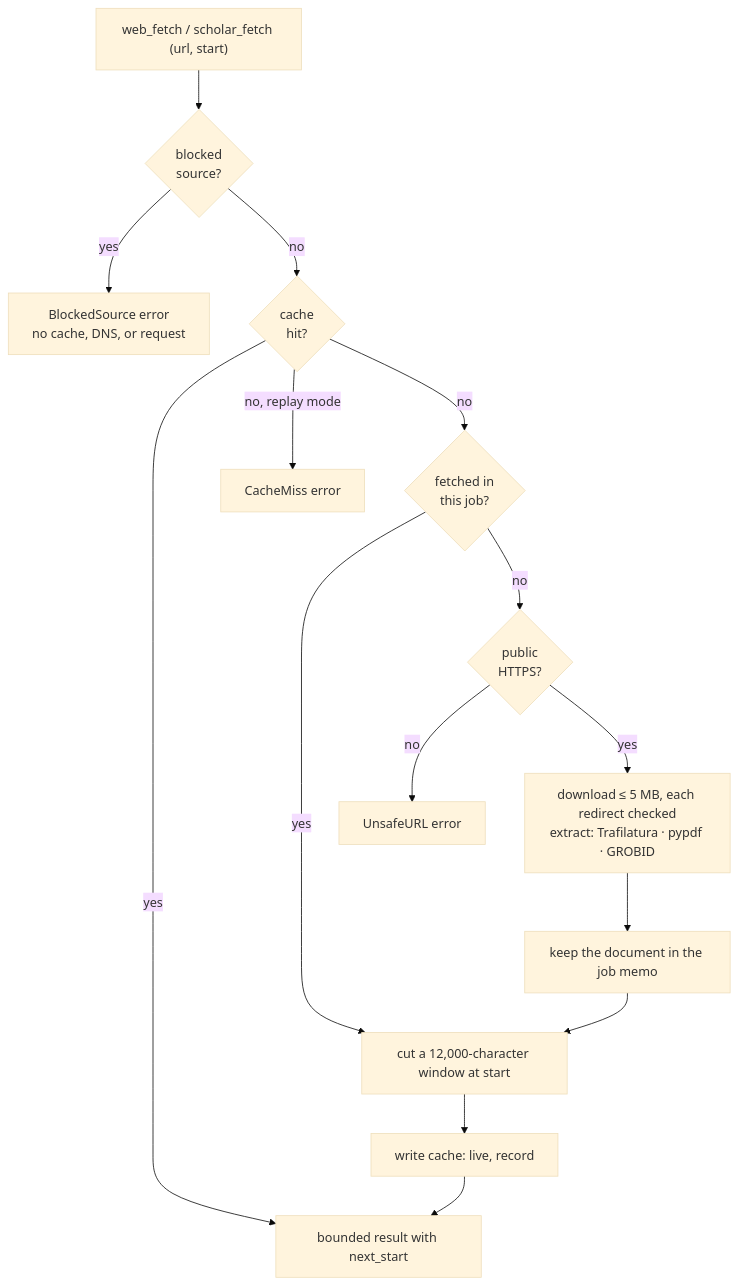
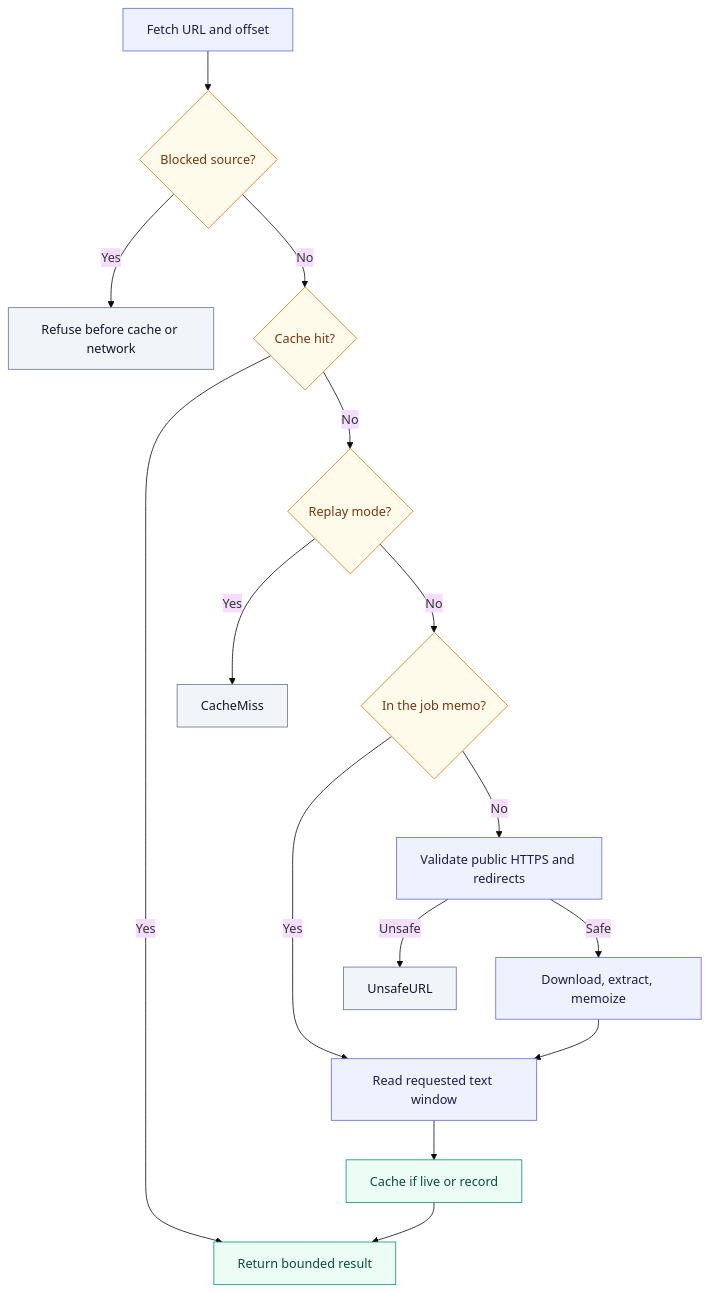
The fifth of 9 diagrams in README.md (rjanseko/research-loop), drawn with Mermaid (base theme) before and after one commit. The commit also changed other lines of this file, not shown here.

Commit message:
Rewrite the README around getting started, a run, and the architecture

````diff
--- a/README.md
+++ b/README.md
@@ -288,15 +326,26 @@
 ```mermaid
 flowchart TD
-    CALL["web_fetch / scholar_fetch (url, start)"] --> BLOCK{"blocked<br/>source?"}
-    BLOCK -->|yes| REFUSE["BlockedSource error<br/>no cache, DNS, or request"]
-    BLOCK -->|no| CACHE{"cache<br/>hit?"}
-    CACHE -->|yes| OUT
-    CACHE -->|"no, replay mode"| MISS["CacheMiss error"]
-    CACHE -->|no| MEMO{"fetched in<br/>this job?"}
-    MEMO -->|yes| WIN
-    MEMO -->|no| SAFE{"public<br/>HTTPS?"}
-    SAFE -->|no| UNSAFE["UnsafeURL error"]
-    SAFE -->|yes| DL["download ≤ 5 MB, each redirect checked<br/>extract: Trafilatura · pypdf · GROBID"]
-    DL --> KEEP["keep the document in the job memo"] --> WIN["cut a 12,000-character window at start"]
-    WIN --> PUT["write cache: live, record"] --> OUT["bounded result with next_start"]
+    F["Fetch URL and offset"] --> B{"Blocked source?"}
+    B -->|Yes| X["Refuse before cache or network"]
+    B -->|No| C{"Cache hit?"}
+    C -->|Yes| O["Return bounded result"]
+    C -->|No| R{"Replay mode?"}
+    R -->|Yes| M["CacheMiss"]
+    R -->|No| J{"In the job memo?"}
+    J -->|Yes| W["Read requested text window"]
+    J -->|No| S["Validate public HTTPS and redirects"]
+    S -->|Unsafe| U["UnsafeURL"]
+    S -->|Safe| D["Download, extract, memoize"]
+    D --> W
+    W --> K["Cache if live or record"]
+    K --> O
+
+    classDef action fill:#eef2ff,stroke:#6366f1,color:#1e1b4b
+    classDef evidence fill:#ecfdf5,stroke:#059669,color:#064e3b
+    classDef decision fill:#fffbeb,stroke:#d97706,color:#78350f
+    classDef terminal fill:#f1f5f9,stroke:#64748b,color:#0f172a
+    class F,S,D,W action
+    class C,B,R,J decision
+    class O,K evidence
+    class X,M,U terminal
 ```
````
